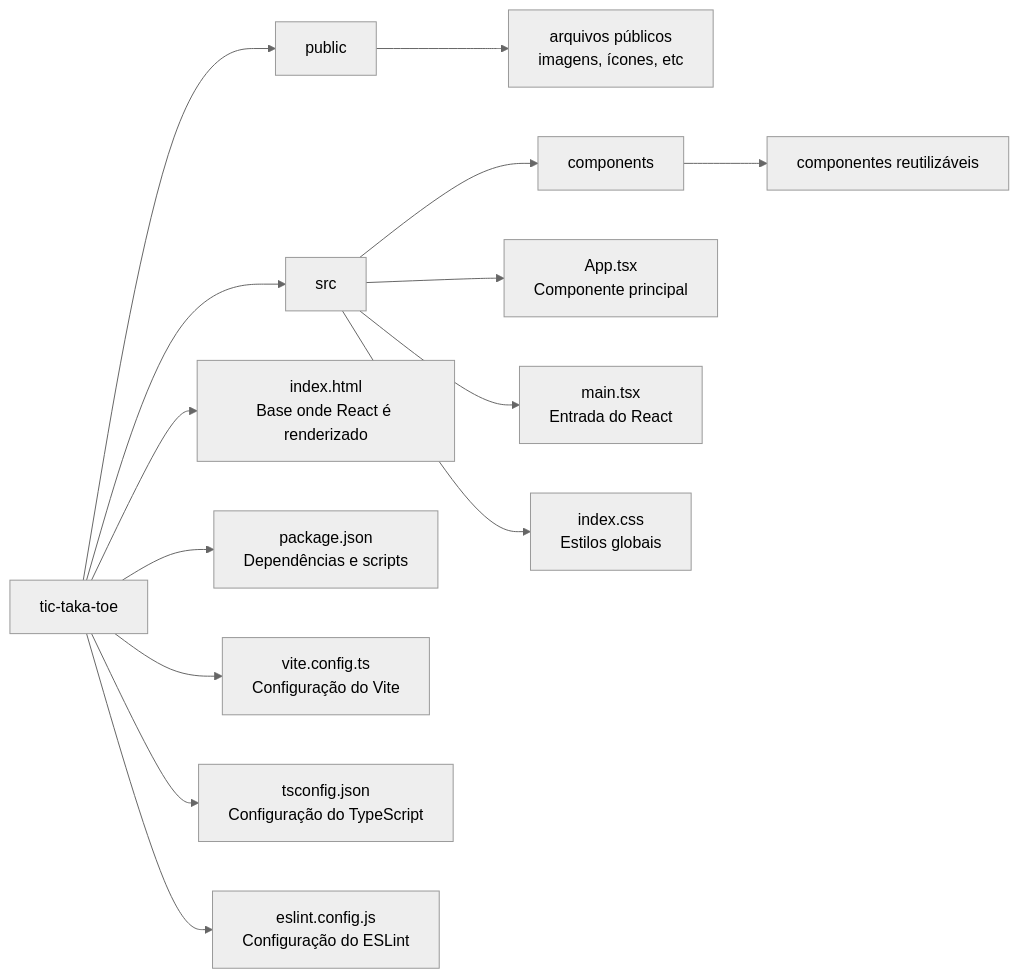
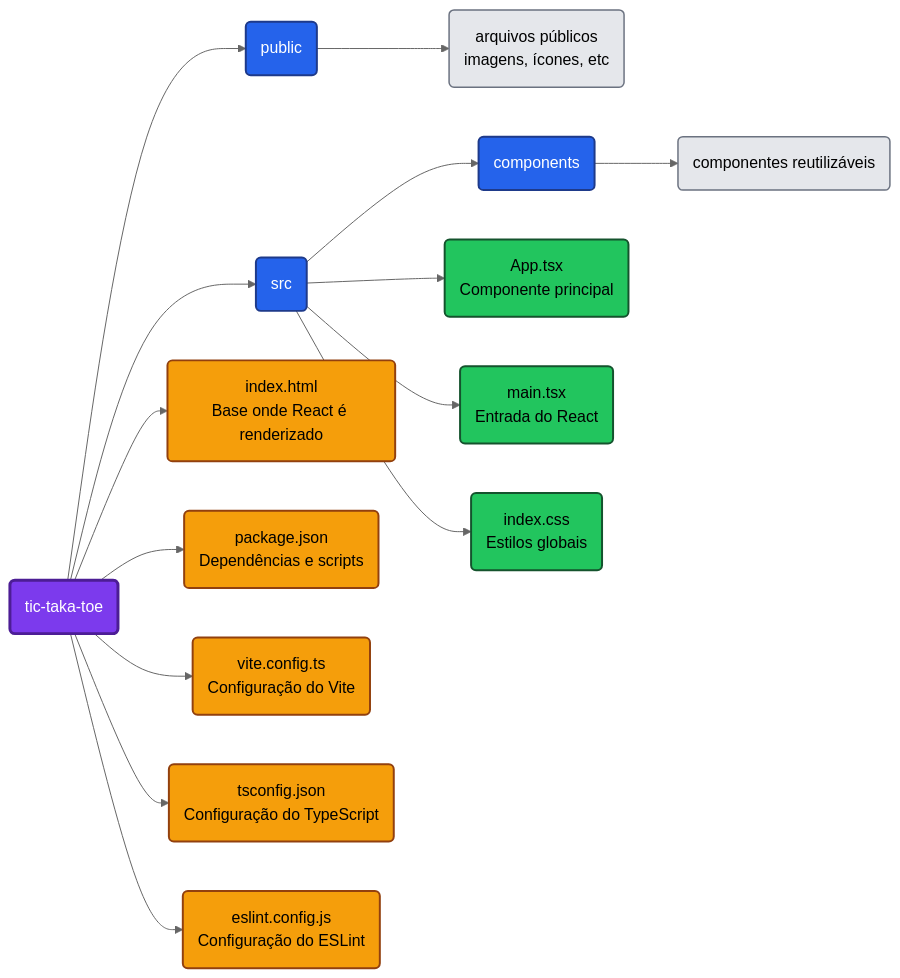
The diagram in README.md (bessa2121/PWIII-davi-tavares), drawn with Mermaid (neutral theme) before and after one commit.

Commit message:
feat: update colors of graph

````diff
--- a/README.md
+++ b/README.md
@@ -69,29 +69,50 @@
 ```mermaid
 graph LR
 
-A[tic-taka-toe]
+A(tic-taka-toe)
 
-A --> B[public]
-B --> B1[arquivos públicos<br/>imagens, ícones, etc]
+A --> B(public)
+B --> B1(arquivos públicos<br/>imagens, ícones, etc)
 
-A --> C[src]
+A --> C(src)
 
-C --> D[components]
-D --> D1[componentes reutilizáveis]
+C --> D(components)
+D --> D1(componentes reutilizáveis)
 
-C --> E[App.tsx<br/>Componente principal]
+C --> E(App.tsx<br/>Componente principal)
 
-C --> F[main.tsx<br/>Entrada do React]
+C --> F(main.tsx<br/>Entrada do React)
 
-C --> G[index.css<br/>Estilos globais]
+C --> G(index.css<br/>Estilos globais)
 
-A --> H[index.html<br/>Base onde React é renderizado]
+A --> H(index.html<br/>Base onde React é renderizado)
 
-A --> I[package.json<br/>Dependências e scripts]
+A --> I(package.json<br/>Dependências e scripts)
 
-A --> J[vite.config.ts<br/>Configuração do Vite]
+A --> J(vite.config.ts<br/>Configuração do Vite)
 
-A --> K[tsconfig.json<br/>Configuração do TypeScript]
+A --> K(tsconfig.json<br/>Configuração do TypeScript)
 
-A --> L[eslint.config.js<br/>Configuração do ESLint]
+A --> L(eslint.config.js<br/>Configuração do ESLint)
+
+classDef root fill:#7c3aed,color:#fff,stroke:#4c1d95,stroke-width:3px;
+
+classDef folder fill:#2563eb,color:#fff,stroke:#1e3a8a,stroke-width:2px;
+
+classDef react fill:#22c55e,color:#000,stroke:#14532d,stroke-width:2px;
+
+classDef config fill:#f59e0b,color:#000,stroke:#92400e,stroke-width:2px;
+
+classDef file fill:#e5e7eb,color:#000,stroke:#6b7280,stroke-width:1.5px;
+
+
+class A root
+
+class B,C,D folder
+
+class E,F,G react
+
+class H,I,J,K,L config
+
+class B1,D1 file
 ```
````
